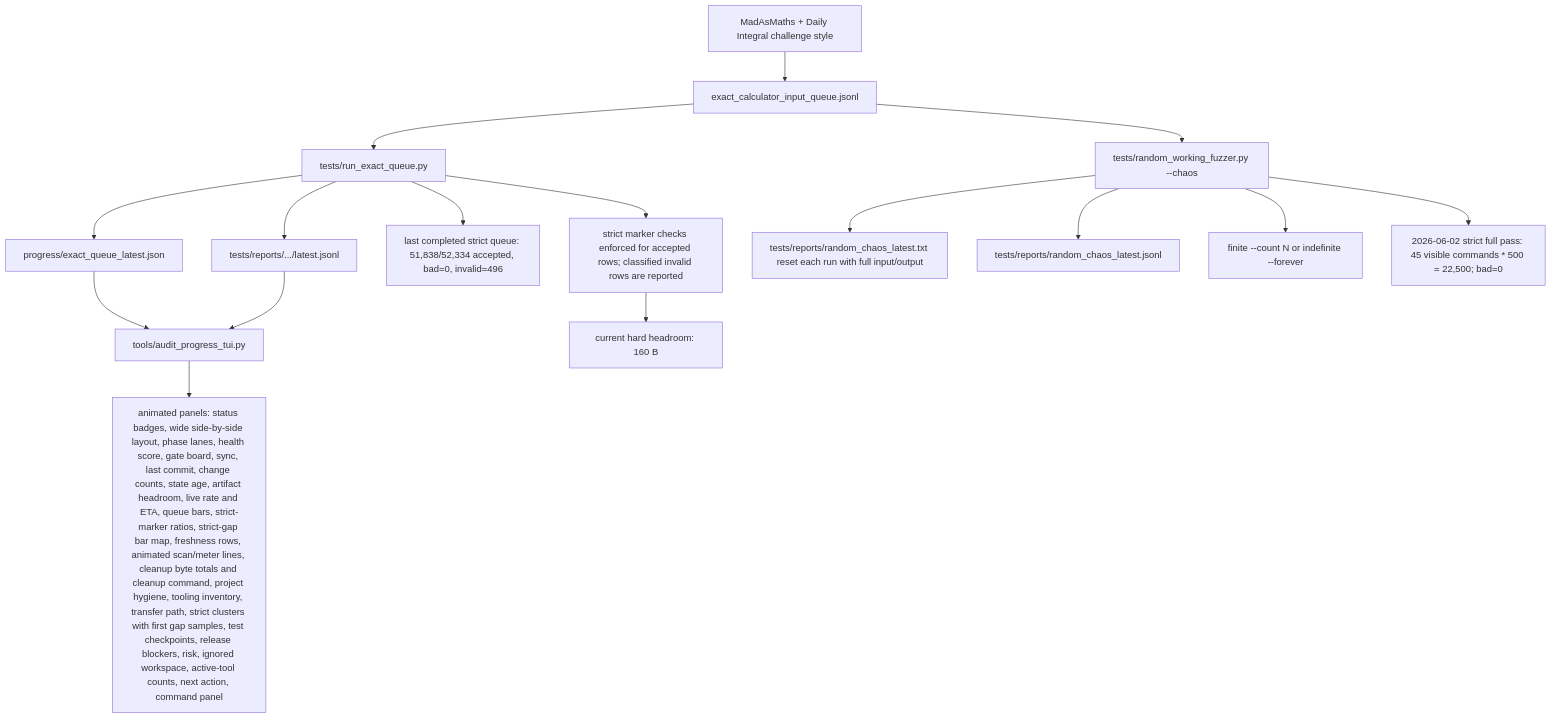
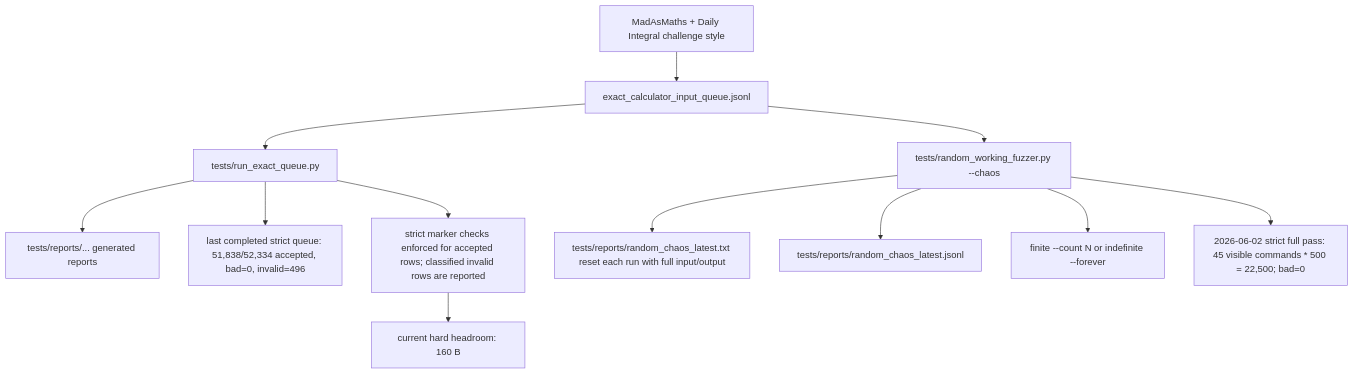
One commit to james8464/notes-addin-casio-fx-cg50 changed the sixth of 7 diagrams in docs/GRAPH.md. Above: the diagram before and after it, drawn with Mermaid. The commit also changed other lines of this file and 441 other files, not shown here.

````diff
--- a/docs/GRAPH.md
+++ b/docs/GRAPH.md
@@ -84,18 +84,14 @@
 ```mermaid
 graph TD
   Online["MadAsMaths + Daily Integral challenge style"] --> Queue["exact_calculator_input_queue.jsonl"]
   Queue --> Runner["tests/run_exact_queue.py"]
-  Runner --> Live["progress/exact_queue_latest.json"]
-  Runner --> Report["tests/reports/.../latest.jsonl"]
-  Live --> TUI["tools/audit_progress_tui.py"]
-  Report --> TUI
+  Runner --> Report["tests/reports/... generated reports"]
   Queue --> Chaos["tests/random_working_fuzzer.py --chaos"]
   Chaos --> Transcript["tests/reports/random_chaos_latest.txt reset each run with full input/output"]
   Chaos --> FuzzReport["tests/reports/random_chaos_latest.jsonl"]
   Chaos --> Modes["finite --count N or indefinite --forever"]
   Chaos --> FinalStrict["2026-06-02 strict full pass: 45 visible commands * 500 = 22,500; bad=0"]
-  TUI --> Panels["animated panels: status badges, wide side-by-side layout, phase lanes, health score, gate board, sync, last commit, change counts, state age, artifact headroom, live rate and ETA, queue bars, strict-marker ratios, strict-gap bar map, freshness rows, animated scan/meter lines, cleanup byte totals and cleanup command, project hygiene, tooling inventory, transfer path, strict clusters with first gap samples, test checkpoints, release blockers, risk, ignored workspace, active-tool counts, next action, command panel"]
   Runner --> Runtime["last completed strict queue: 51,838/52,334 accepted, bad=0, invalid=496"]
   Runner --> Strict["strict marker checks enforced for accepted rows; classified invalid rows are reported"]
   Strict --> Remaining["current hard headroom: 160 B"]
 ```
````
